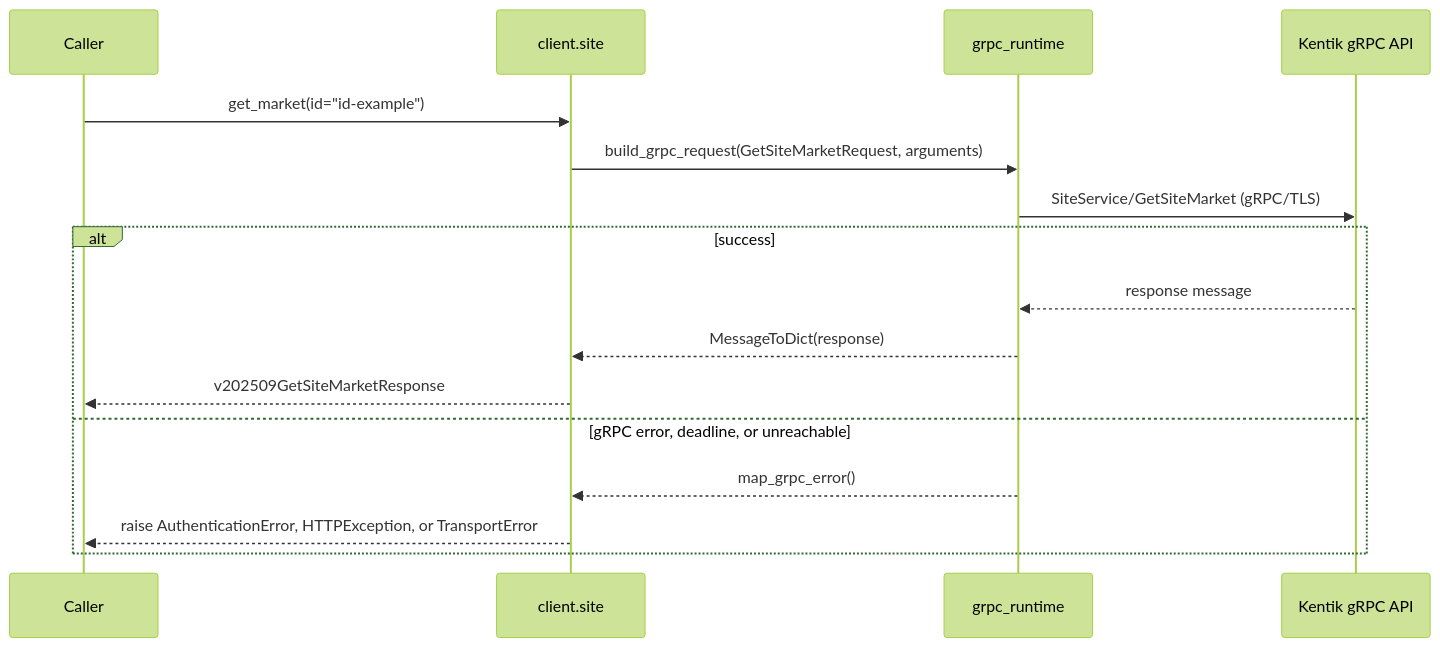
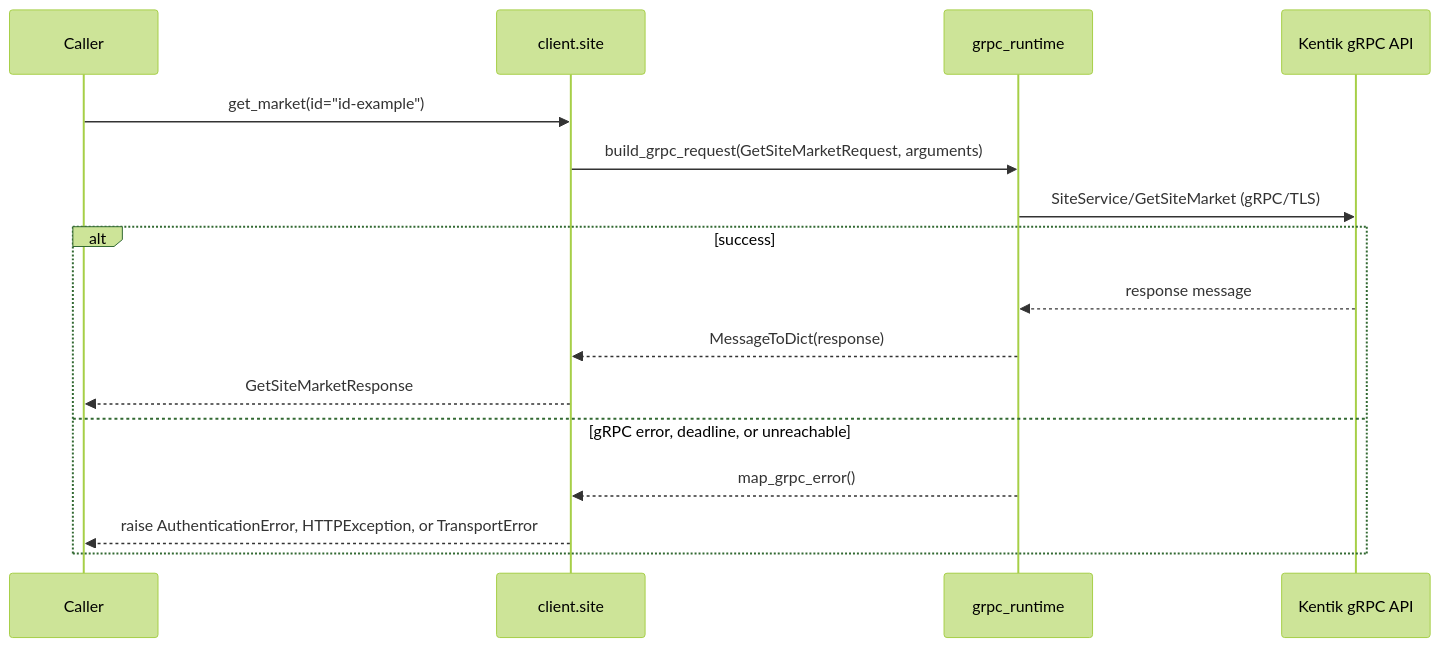
One commit to alexdearaujo/community_sdk_python changed the seventh of 22 diagrams in docs/sphinx/services/site.md. Above: the diagram before and after it, drawn with Mermaid (forest theme). The commit also changed other lines of this file and 38 other files, not shown here.

````diff
--- a/docs/sphinx/services/site.md
+++ b/docs/sphinx/services/site.md
@@ -203,19 +203,19 @@
 ```mermaid
 sequenceDiagram
     participant C as Caller
     participant W as client.site
     participant R as grpc_runtime
     participant API as Kentik gRPC API
 
     C->>W: get_market(id="id-example")
     W->>R: build_grpc_request(GetSiteMarketRequest, arguments)
     R->>API: SiteService/GetSiteMarket (gRPC/TLS)
     alt success
         API-->>R: response message
         R-->>W: MessageToDict(response)
-        W-->>C: v202509GetSiteMarketResponse
+        W-->>C: GetSiteMarketResponse
     else gRPC error, deadline, or unreachable
         R-->>W: map_grpc_error()
         W-->>C: raise AuthenticationError, HTTPException, or TransportError
     end
 ```
````
